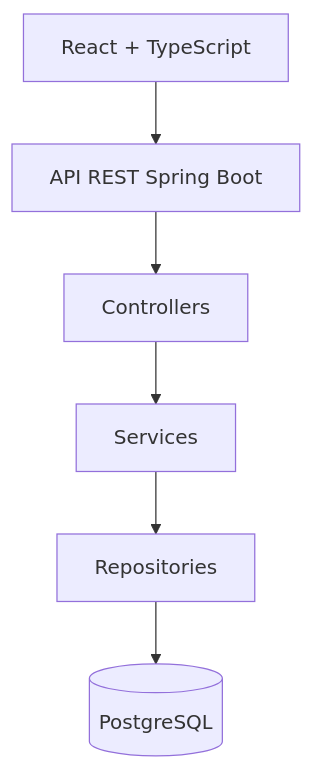
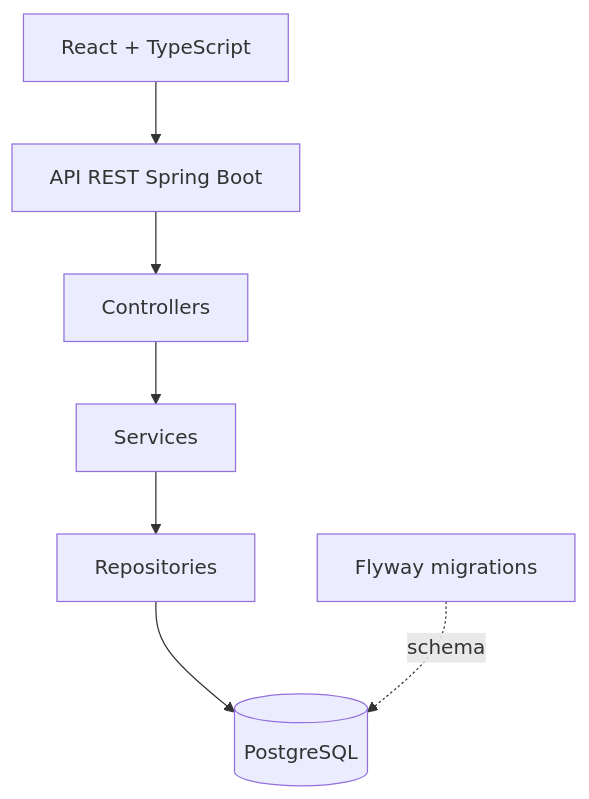
One commit to gustavo-laudelino/smart-dispatch changed the third of 3 diagrams in README.md. Above: the diagram before and after it, drawn with Mermaid. The commit also changed other lines of this file, not shown here.

````diff
--- a/README.md
+++ b/README.md
@@ -182,8 +218,9 @@
 ```mermaid
 flowchart TB
     FRONT[React + TypeScript] --> API[API REST Spring Boot]
     API --> CONTROLLER[Controllers]
     CONTROLLER --> SERVICE[Services]
     SERVICE --> REPOSITORY[Repositories]
     REPOSITORY --> DATABASE[(PostgreSQL)]
+    FLYWAY[Flyway migrations] -. schema .-> DATABASE
 ```
````
